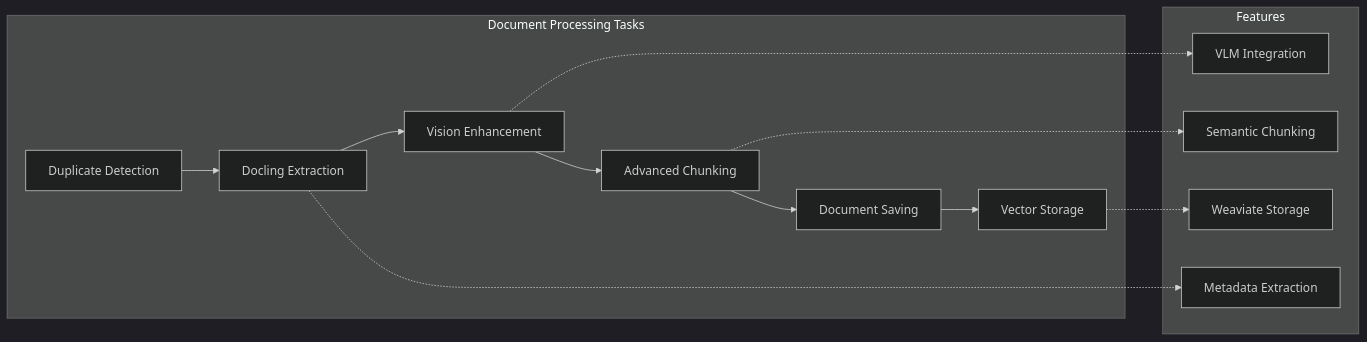
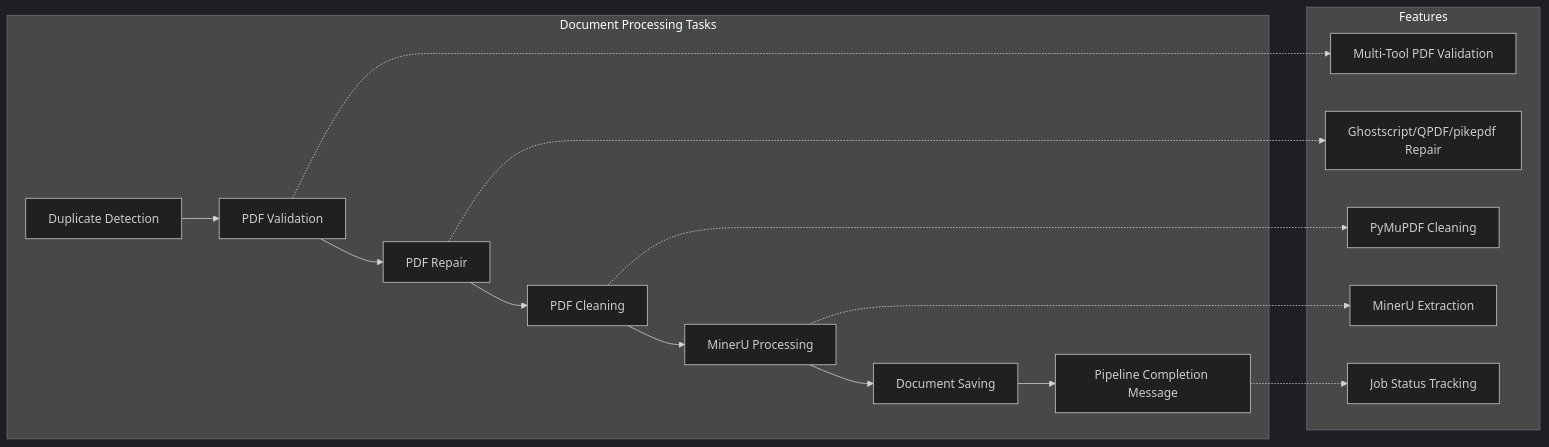
One commit to h19overflow/scaled_processing changed the third of 9 diagrams in README.md. Above: the diagram before and after it, drawn with Mermaid (dark theme). The commit also changed other lines of this file, not shown here.

First line of the commit message:
docs(README): update system overview and architecture details

````diff
--- a/README.md
+++ b/README.md
@@ -130,22 +145,25 @@
 ```mermaid
 flowchart LR
     subgraph "Document Processing Tasks"
-        A[Duplicate Detection] --> B[Docling Extraction]
-        B --> C[Vision Enhancement]
-        C --> D[Advanced Chunking]
-        D --> E[Document Saving]
-        E --> F[Vector Storage]
+        A[Duplicate Detection] --> B[PDF Validation]
+        B --> C[PDF Repair]
+        C --> D[PDF Cleaning]
+        D --> E[MinerU Processing]
+        E --> F[Document Saving]
+        F --> G[Pipeline Completion Message]
     end
 
     subgraph "Features"
-        G[VLM Integration]
-        H[Semantic Chunking]
-        I[Weaviate Storage]
-        J[Metadata Extraction]
+        H[Multi-Tool PDF Validation]
+        I[Ghostscript/QPDF/pikepdf Repair]
+        J[PyMuPDF Cleaning]
+        K[MinerU Extraction]
+        L[Job Status Tracking]
     end
 
-    C -.-> G
-    D -.-> H
-    F -.-> I
-    B -.-> J
+    B -.-> H
+    C -.-> I
+    D -.-> J
+    E -.-> K
+    G -.-> L
 ```
````
